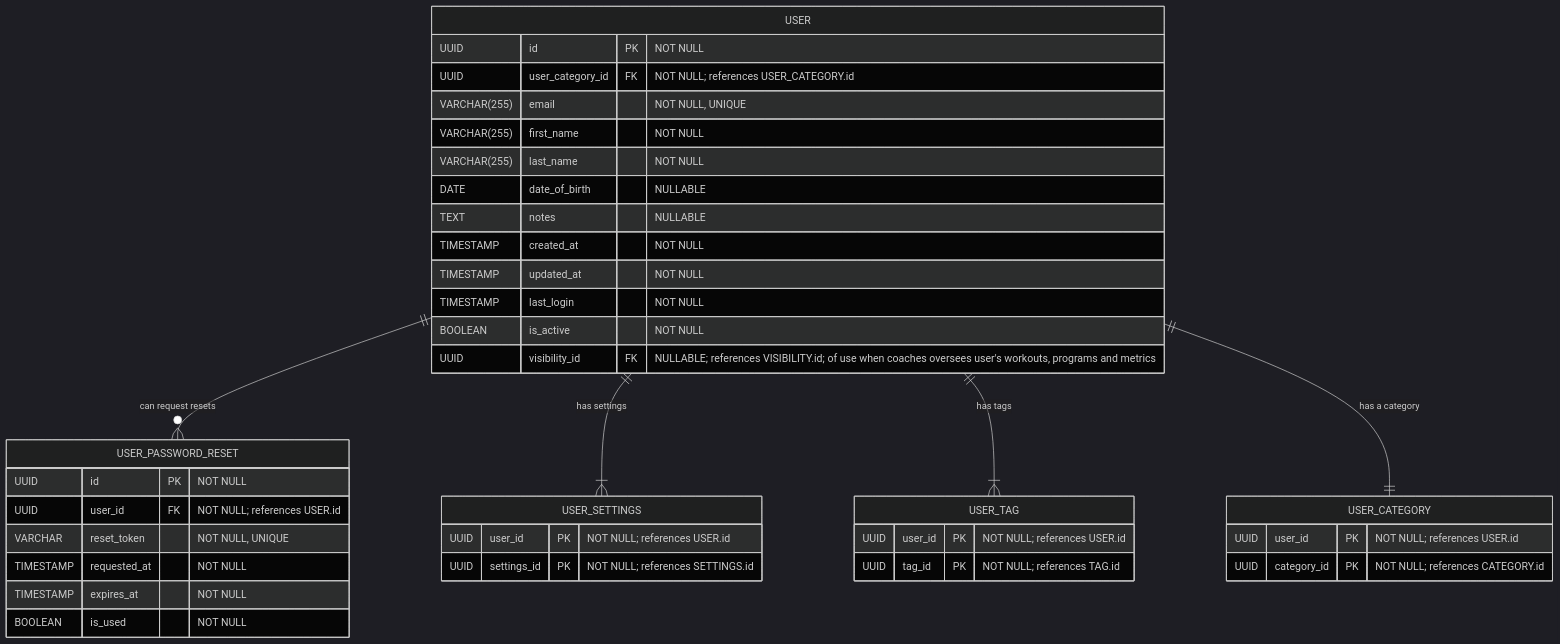
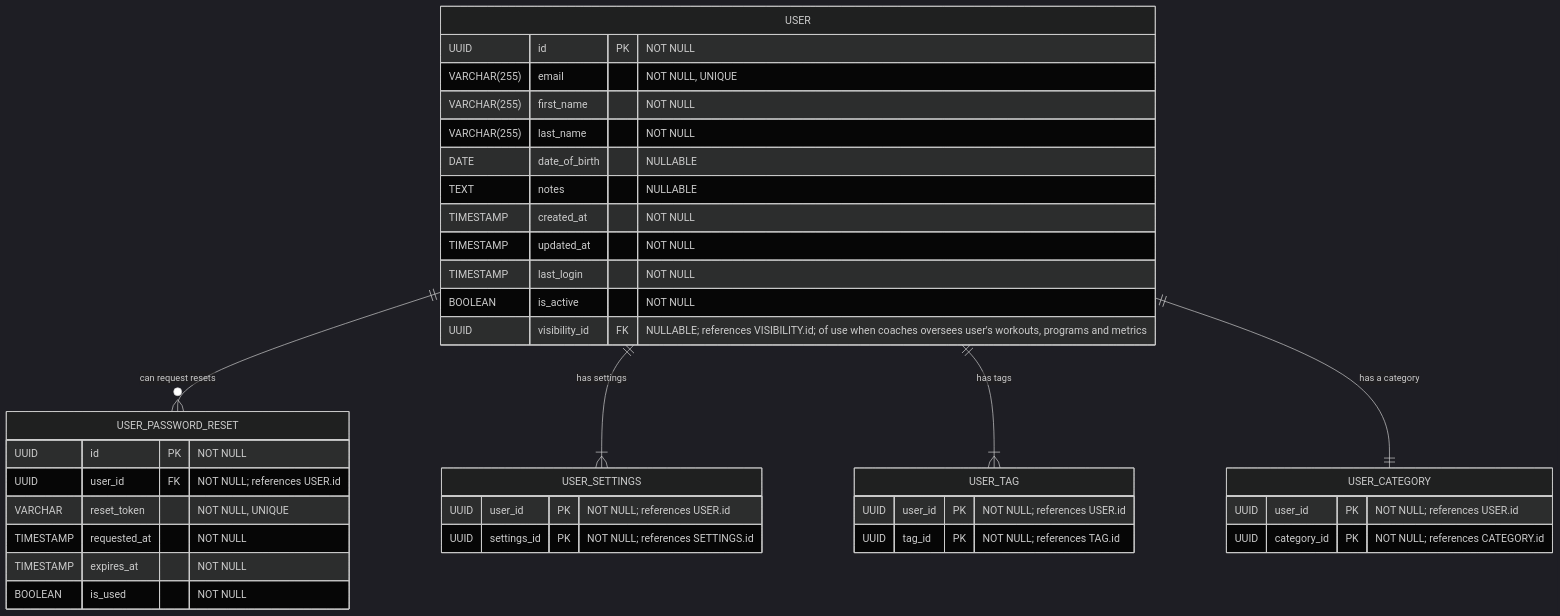
Before and after one commit to Dratharias/Motriforge: the diagram in docs/user/core_user_and_identity.md, drawn with Mermaid (dark theme). The commit also changed 2 other files, not shown here.

Commit message:
fixed some inconsistencies

````diff
--- a/docs/user/core_user_and_identity.md
+++ b/docs/user/core_user_and_identity.md
@@ -8,51 +8,50 @@
 ```mermaid
 erDiagram
   %%=== Layer 1: Core User and Identity ===%%
 
   USER {
     UUID id PK                          "NOT NULL"
-    UUID user_category_id FK           "NOT NULL; references USER_CATEGORY.id"
     VARCHAR(255) email                  "NOT NULL, UNIQUE"
     VARCHAR(255) first_name             "NOT NULL"
     VARCHAR(255) last_name              "NOT NULL"
     DATE date_of_birth                  "NULLABLE"
     TEXT notes                          "NULLABLE"
     TIMESTAMP created_at                "NOT NULL"
     TIMESTAMP updated_at                "NOT NULL"
     TIMESTAMP last_login                "NOT NULL"
     BOOLEAN is_active                   "NOT NULL"
 	  UUID visibility_id FK               "NULLABLE; references VISIBILITY.id; of use when coaches oversees user's workouts, programs and metrics"
   }
 
   %%— Identity Extensions —
   USER_PASSWORD_RESET {
     UUID id PK                         "NOT NULL"
     UUID user_id FK                    "NOT NULL; references USER.id"
     VARCHAR reset_token                "NOT NULL, UNIQUE"
     TIMESTAMP requested_at             "NOT NULL"
     TIMESTAMP expires_at               "NOT NULL"
     BOOLEAN is_used                    "NOT NULL"
   }
 
   USER_SETTINGS {
     UUID user_id PK                    "NOT NULL; references USER.id"
     UUID settings_id PK                "NOT NULL; references SETTINGS.id"
   }
 
   %%— Categorical Tagging —
   USER_TAG {
     UUID user_id PK                    "NOT NULL; references USER.id"
     UUID tag_id PK                     "NOT NULL; references TAG.id"
   }
 
   USER_CATEGORY {
-    UUID user_id PK                    "NOT NULL; references USER.id"
-    UUID category_id PK                "NOT NULL; references CATEGORY.id"
+      UUID user_id PK    "NOT NULL; references USER.id"
+      UUID category_id PK "NOT NULL; references CATEGORY.id"
   }
 
   %%— Internal Relationships —
   USER ||--o{ USER_PASSWORD_RESET : "can request resets"
   USER ||--|{ USER_SETTINGS       : "has settings"
   USER ||--|{ USER_TAG            : "has tags"
   USER ||--|| USER_CATEGORY       : "has a category"
 ```
````
